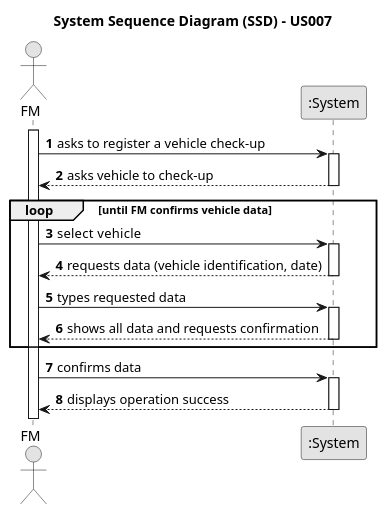
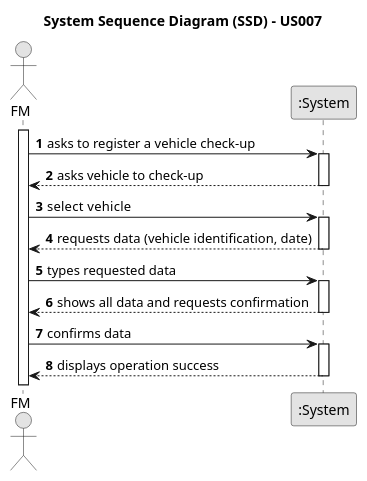
The diagram in docs/sprintA/us007/01.requirements-engineering/puml/us007-system-sequence-diagram-alternative-one.puml (ricardomm7/leaflink), drawn with PlantUML before and after one commit. The commit also changed 14 other files, not shown here.

```diff
--- a/docs/sprintA/us007/01.requirements-engineering/puml/us007-system-sequence-diagram-alternative-one.puml
+++ b/docs/sprintA/us007/01.requirements-engineering/puml/us007-system-sequence-diagram-alternative-one.puml
@@ -1,39 +1,38 @@
 @startuml
 skinparam monochrome true
 skinparam packageStyle rectangle
 skinparam shadowing false
 
 title System Sequence Diagram (SSD) - US007
 
 autonumber
 
 actor "FM" as FM
 participant ":System" as System
 
 activate FM
 
     FM -> System : asks to register a vehicle check-up
         activate System
 
     System --> FM : asks vehicle to check-up
         deactivate System
-loop until FM confirms vehicle data
     FM -> System : select  vehicle
     activate System
 
     System --> FM : requests data (vehicle identification, date)
     deactivate System
 
     FM -> System : types requested data
     activate System
 
         System --> FM : shows all data and requests confirmation
     deactivate System
-end
+
     FM -> System : confirms data
     activate System
 
         System --> FM : displays operation success
     deactivate System
 
 @enduml
```
